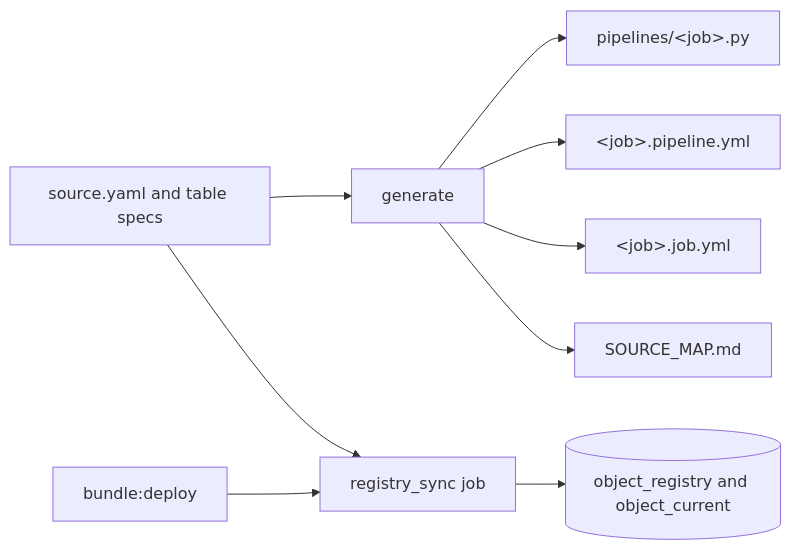
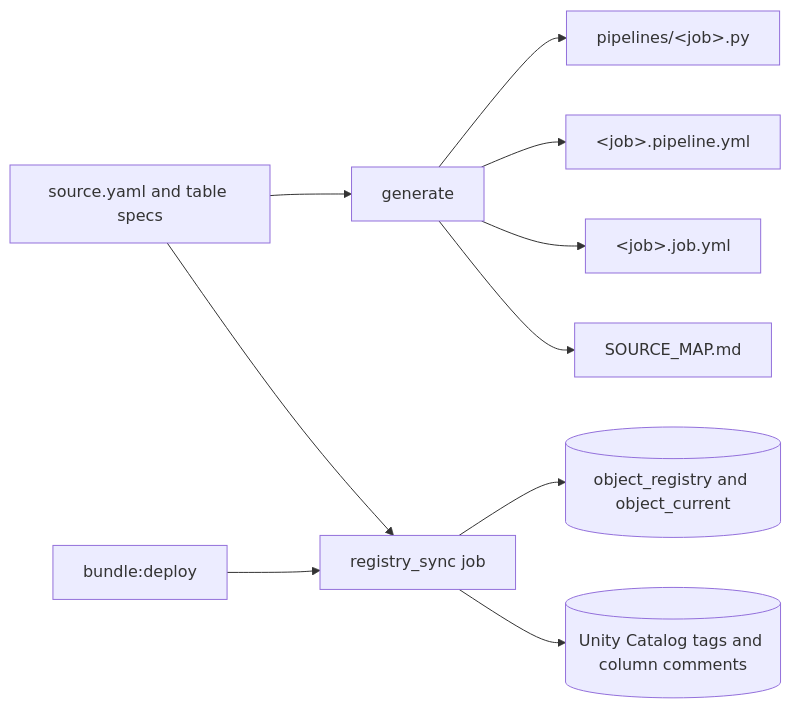
Before and after one commit to NitinKeshavB/framework: the first of 8 diagrams in framework_docs/ARCHITECTURE.md, drawn with Mermaid. The commit also changed other lines of this file and 29 other files, not shown here.

````diff
--- a/framework_docs/ARCHITECTURE.md
+++ b/framework_docs/ARCHITECTURE.md
@@ -43,11 +43,12 @@
 ```mermaid
 flowchart LR
   spec[source.yaml and table specs] --> generate[generate]
   generate --> pipelineFile["pipelines/&lt;job&gt;.py"]
   generate --> pipelineRes["&lt;job&gt;.pipeline.yml"]
   generate --> jobRes["&lt;job&gt;.job.yml"]
   generate --> map[SOURCE_MAP.md]
   deploy[bundle:deploy] --> registrySync[registry_sync job]
   spec --> registrySync
   registrySync --> registry[(object_registry and object_current)]
+  registrySync --> uc[(Unity Catalog tags and column comments)]
 ```
````
